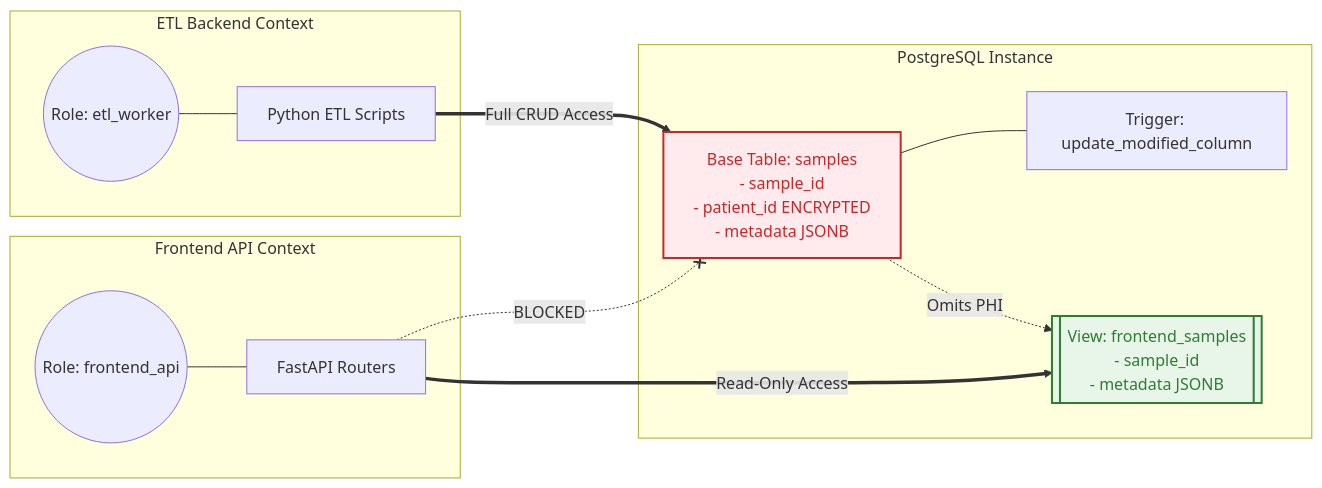
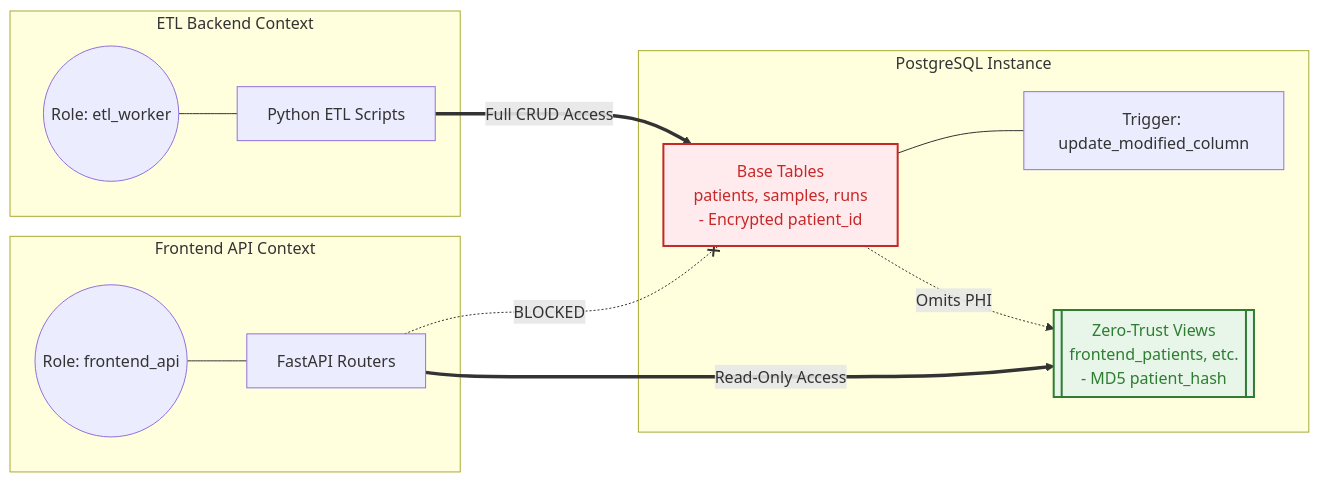
The diagram in etl/README.md (HReed1/ngs-variant-validator), drawn with Mermaid before and after one commit. The commit also changed 4 other files, not shown here.

````diff
--- a/etl/README.md
+++ b/etl/README.md
@@ -3,33 +3,33 @@
 ```mermaid
 flowchart LR
     subgraph ETL [ETL Backend Context]
         Role_ETL((Role: etl_worker))
         Job[Python ETL Scripts]
         Role_ETL --- Job
     end
 
     subgraph DB [PostgreSQL Instance]
-        Base[Base Table: samples<br>- sample_id<br>- patient_id ENCRYPTED<br>- metadata JSONB]
+        Base[Base Tables<br>patients, samples, runs<br>- Encrypted patient_id]
         Trigger[Trigger: update_modified_column]
-        View[[View: frontend_samples<br>- sample_id<br>- metadata JSONB]]
+        View[[Zero-Trust Views<br>frontend_patients, etc.<br>- MD5 patient_hash]]
         
         Base --- Trigger
         Base -.-> |Omits PHI| View
     end
 
     subgraph API [Frontend API Context]
         Role_API((Role: frontend_api))
         FastAPI[FastAPI Routers]
         Role_API --- FastAPI
     end
 
     %% Connections
     Job ==> |Full CRUD Access| Base
     FastAPI ==> |Read-Only Access| View
     FastAPI -.-x |BLOCKED| Base
     
     classDef secure fill:#ffebee,stroke:#c62828,stroke-width:2px,color:#c62828;
     class Base secure;
     classDef safe fill:#e8f5e9,stroke:#2e7d32,stroke-width:2px,color:#2e7d32;
     class View safe;
 ```
````
